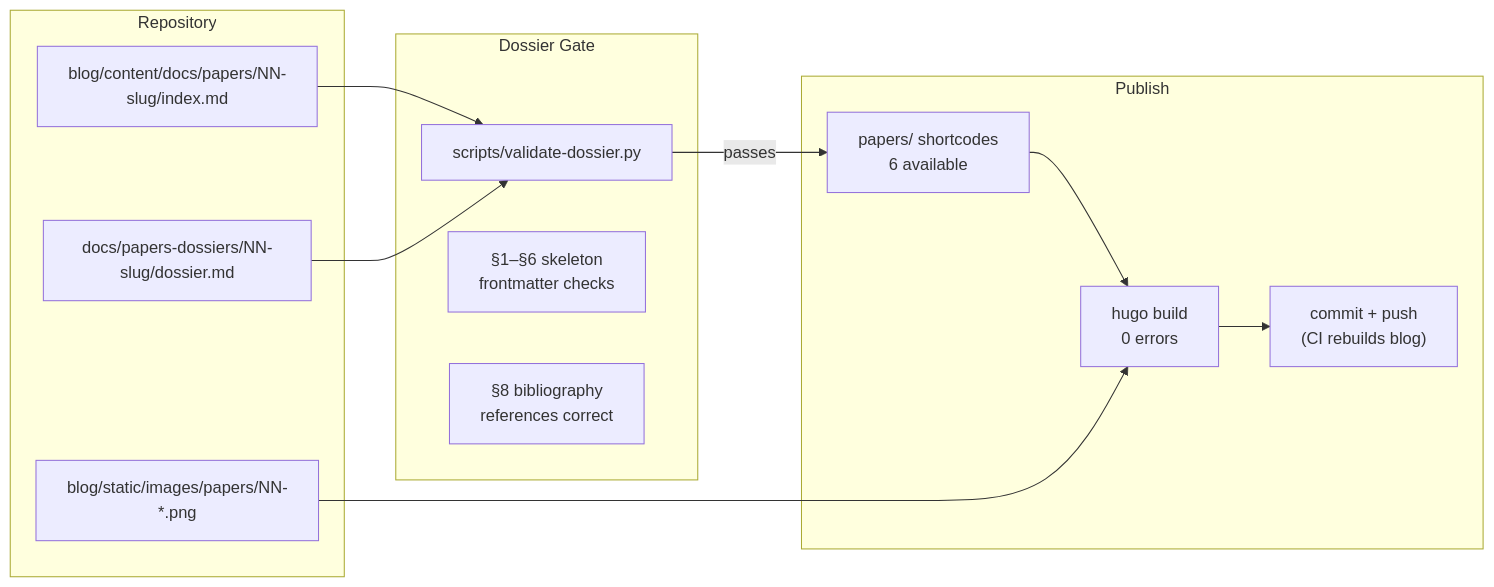
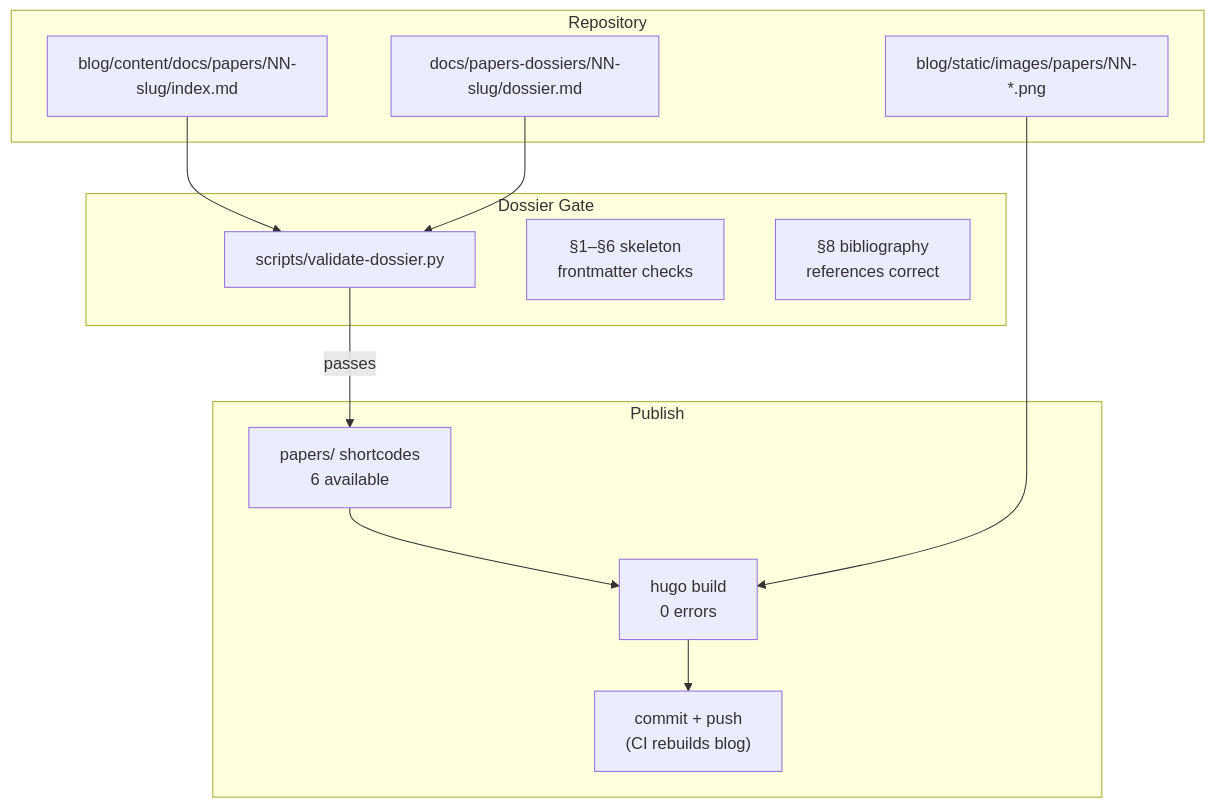
The diagram in blog/content/docs/operating/25-frank-papers/index.md (derio-net/frank), drawn with Mermaid before and after one commit. The commit also changed 42 other files, not shown here.

First line of the commit message:
chore(repo): blog-craft v0.19.0 — mermaid natural-size rendering + all 35 diagrams under the width gate (#735)

````diff
--- a/blog/content/docs/operating/25-frank-papers/index.md
+++ b/blog/content/docs/operating/25-frank-papers/index.md
@@ -20,27 +20,27 @@
 ```mermaid
-graph LR
+graph TD
     subgraph repo["Repository"]
         scaffold["blog/content/docs/papers/NN-slug/index.md"]
         dossier["docs/papers-dossiers/NN-slug/dossier.md"]
         cover["blog/static/images/papers/NN-*.png"]
     end
 
     subgraph gate["Dossier Gate"]
         validate["scripts/validate-dossier.py"]
         sections["§1–§6 skeleton<br/>frontmatter checks"]
         bib["§8 bibliography<br/>references correct"]
     end
 
     subgraph publish["Publish"]
         hugo["hugo build<br/>0 errors"]
         shortcodes["papers/ shortcodes<br/>6 available"]
         commit["commit + push<br/>(CI rebuilds blog)"]
     end
 
     scaffold --> validate
     dossier --> validate
     validate -->|"passes"| shortcodes
     shortcodes --> hugo
     cover --> hugo
     hugo --> commit
 ```
````
